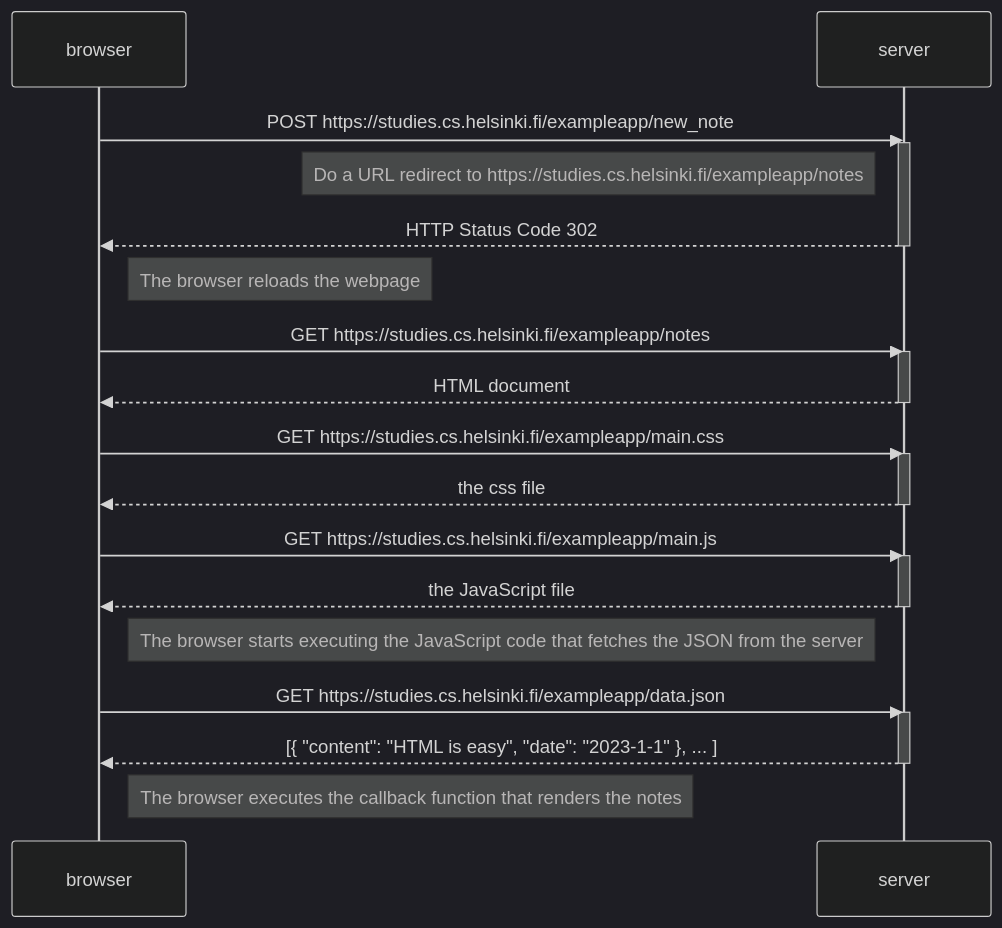
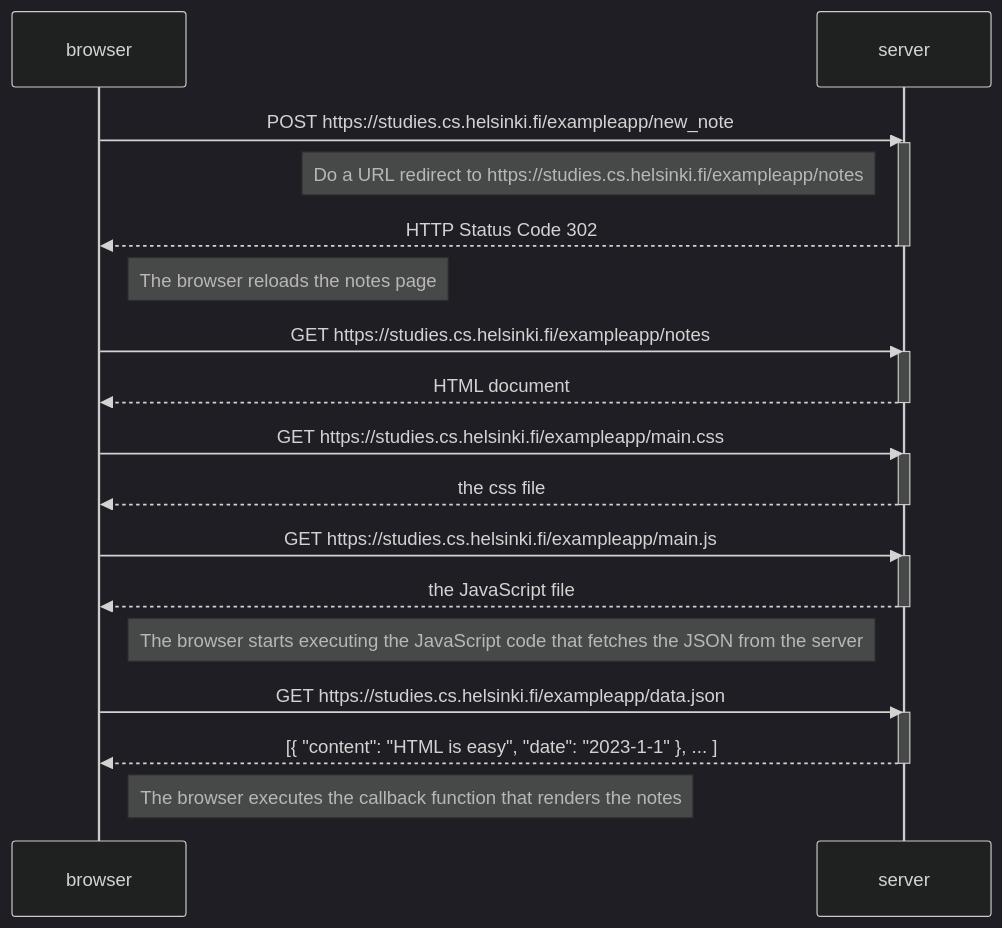
Before and after one commit to ZilaidAwwab/FullStackOpen-2024: the diagram in part0/0.4-New-note-diagram.md, drawn with Mermaid (dark theme).

Commit message:
Updated 0.4 file

````diff
--- a/part0/0.4-New-note-diagram.md
+++ b/part0/0.4-New-note-diagram.md
@@ -1,37 +1,37 @@
 ```mermaid
 
 sequenceDiagram
     participant browser
     participant server
 
     browser->>server: POST https://studies.cs.helsinki.fi/exampleapp/new_note
     activate server
     Note left of server: Do a URL redirect to https://studies.cs.helsinki.fi/exampleapp/notes
     server-->>browser: HTTP Status Code 302
     deactivate server
-    Note right of browser: The browser reloads the webpage
+    Note right of browser: The browser reloads the notes page
 
     browser->>server: GET https://studies.cs.helsinki.fi/exampleapp/notes
     activate server
     server-->>browser: HTML document
     deactivate server
 
     browser->>server: GET https://studies.cs.helsinki.fi/exampleapp/main.css
     activate server
     server-->>browser: the css file
     deactivate server
 
     browser->>server: GET https://studies.cs.helsinki.fi/exampleapp/main.js
     activate server
     server-->>browser: the JavaScript file
     deactivate server
 
     Note right of browser: The browser starts executing the JavaScript code that fetches the JSON from the server
 
     browser->>server: GET https://studies.cs.helsinki.fi/exampleapp/data.json
     activate server
     server-->>browser: [{ "content": "HTML is easy", "date": "2023-1-1" }, ... ]
     deactivate server
 
     Note right of browser: The browser executes the callback function that renders the notes
 ```
````
